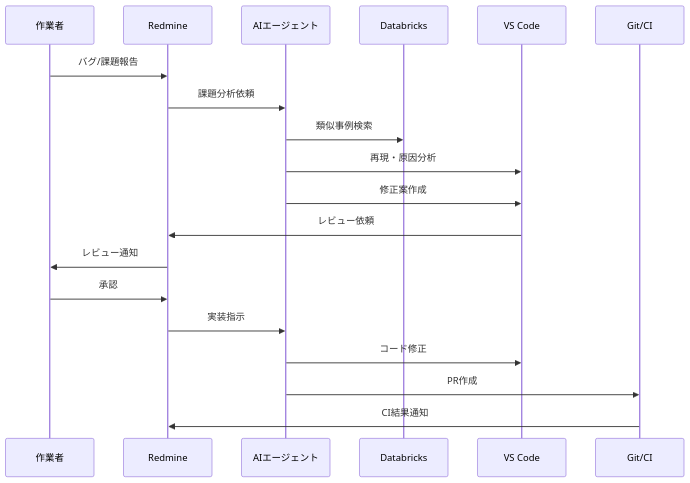
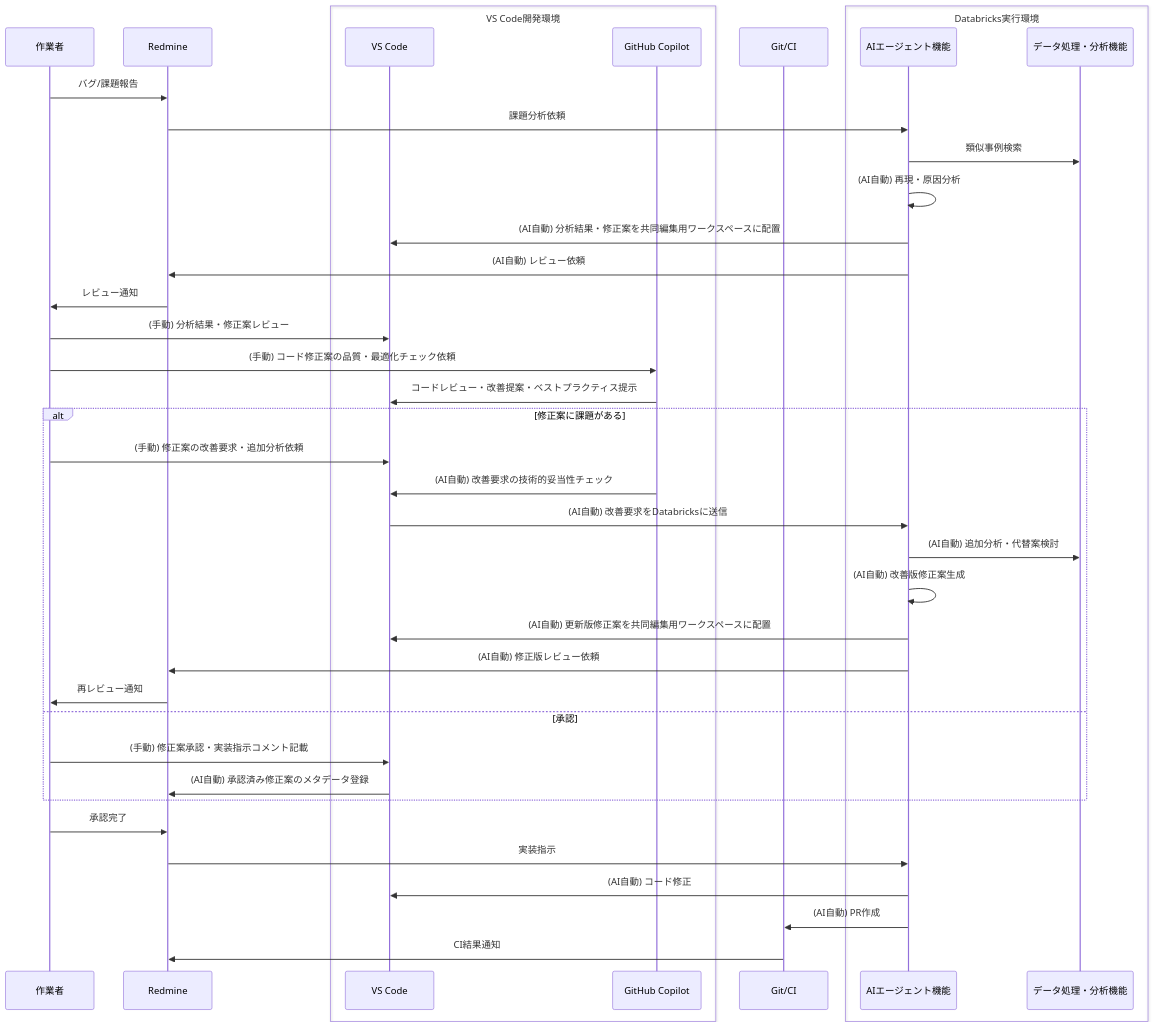
The seventh of 34 diagrams in docs/02000_要件定義/02100_要件定義書.md (daichiTAAA/AgentOpsPlatform), drawn with Mermaid before and after one commit. The commit also changed other lines of this file, not shown here.

````diff
--- a/docs/02000_要件定義/02100_要件定義書.md
+++ b/docs/02000_要件定義/02100_要件定義書.md
@@ -184,22 +249,46 @@
 ```mermaid
 sequenceDiagram
     participant W as 作業者
     participant R as Redmine
-    participant A as AIエージェント
-    participant D as Databricks
-    participant V as VS Code
+    
+    box VS Code開発環境
+        participant V as VS Code
+        participant C as GitHub Copilot
+    end
+    
     participant G as Git/CI
+    
+    box Databricks実行環境
+        participant A as AIエージェント機能
+        participant D as データ処理・分析機能
+    end
     
     W->>R: バグ/課題報告
     R->>A: 課題分析依頼
     A->>D: 類似事例検索
-    A->>V: 再現・原因分析
-    A->>V: 修正案作成
-    V->>R: レビュー依頼
+    A->>A: (AI自動) 再現・原因分析
+    A->>V: (AI自動) 分析結果・修正案を共同編集用ワークスペースに配置
+    A->>R: (AI自動) レビュー依頼
     R->>W: レビュー通知
-    W->>R: 承認
+    W->>V: (手動) 分析結果・修正案レビュー
+    W->>C: (手動) コード修正案の品質・最適化チェック依頼
+    C->>V: コードレビュー・改善提案・ベストプラクティス提示
+    alt 修正案に課題がある
+        W->>V: (手動) 修正案の改善要求・追加分析依頼
+        C->>V: (AI自動) 改善要求の技術的妥当性チェック
+        V->>A: (AI自動) 改善要求をDatabricksに送信
+        A->>D: (AI自動) 追加分析・代替案検討
+        A->>A: (AI自動) 改善版修正案生成
+        A->>V: (AI自動) 更新版修正案を共同編集用ワークスペースに配置
+        A->>R: (AI自動) 修正版レビュー依頼
+        R->>W: 再レビュー通知
+    else 承認
+        W->>V: (手動) 修正案承認・実装指示コメント記載
+        V->>R: (AI自動) 承認済み修正案のメタデータ登録
+    end
+    W->>R: 承認完了
     R->>A: 実装指示
-    A->>V: コード修正
-    A->>G: PR作成
+    A->>V: (AI自動) コード修正
+    A->>G: (AI自動) PR作成
     G->>R: CI結果通知
 ```
````
